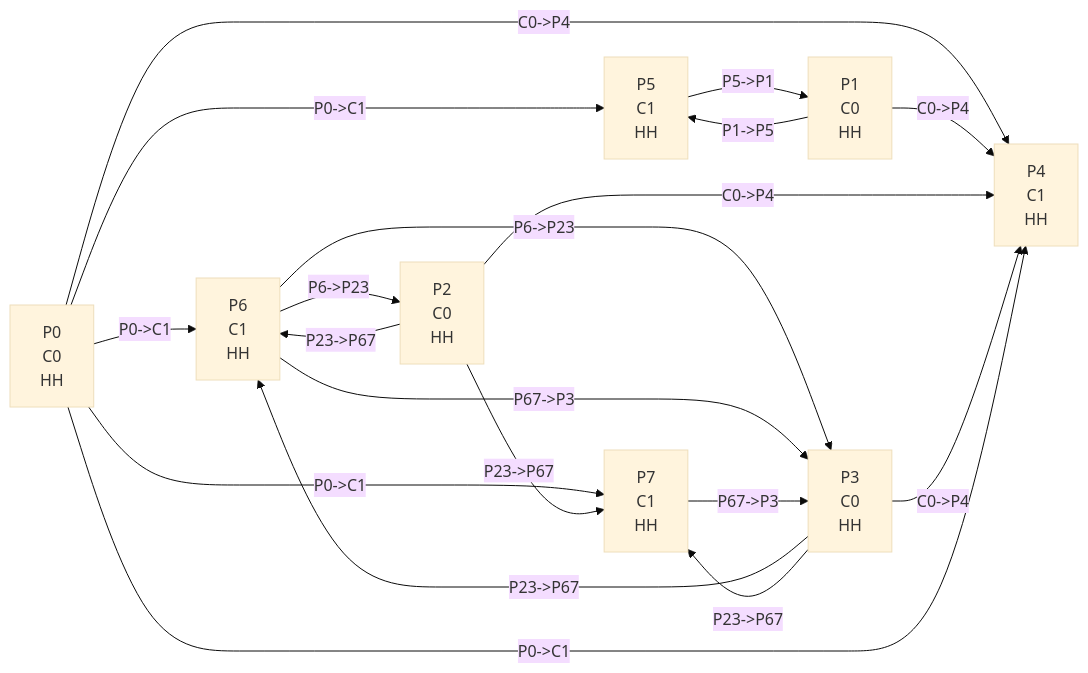
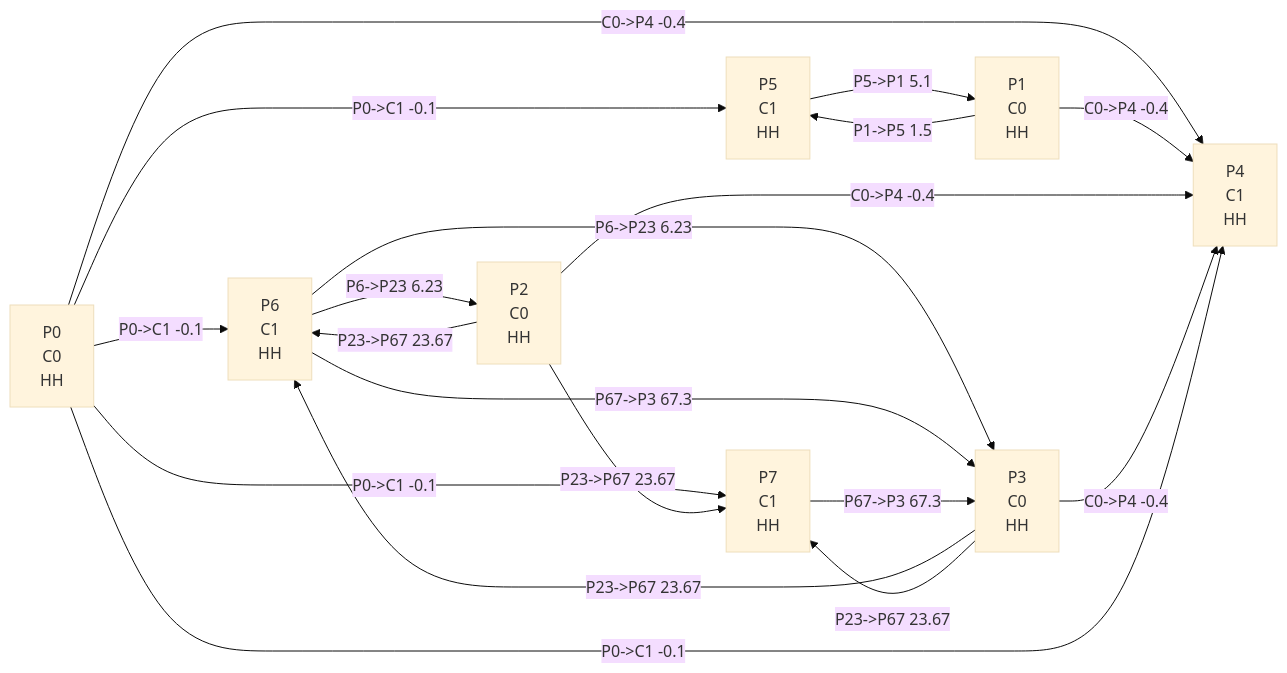
One commit to niknovikov19/subnet-builder changed the diagram in test/basic/par.md. Above: the diagram before and after it, drawn with Mermaid (base theme). The commit also changed 8 other files, not shown here.

````diff
--- a/test/basic/par.md
+++ b/test/basic/par.md
@@ -1,29 +1,29 @@
 ```mermaid
 graph LR
     P0["P0<br/>C0<br/>HH"]
     P1["P1<br/>C0<br/>HH"]
     P2["P2<br/>C0<br/>HH"]
     P3["P3<br/>C0<br/>HH"]
     P4["P4<br/>C1<br/>HH"]
     P5["P5<br/>C1<br/>HH"]
     P6["P6<br/>C1<br/>HH"]
     P7["P7<br/>C1<br/>HH"]
-    P0 -->|C0->P4| P4
-    P1 -->|C0->P4| P4
-    P2 -->|C0->P4| P4
-    P3 -->|C0->P4| P4
-    P0 -->|P0->C1| P4
-    P0 -->|P0->C1| P5
-    P0 -->|P0->C1| P6
-    P0 -->|P0->C1| P7
-    P1 -->|P1->P5| P5
-    P5 -->|P5->P1| P1
-    P2 -->|P23->P67| P6
-    P2 -->|P23->P67| P7
-    P3 -->|P23->P67| P6
-    P3 -->|P23->P67| P7
-    P6 -->|P6->P23| P2
-    P6 -->|P6->P23| P3
-    P6 -->|P67->P3| P3
-    P7 -->|P67->P3| P3
+    P0 -->|C0->P4 -0.4| P4
+    P1 -->|C0->P4 -0.4| P4
+    P2 -->|C0->P4 -0.4| P4
+    P3 -->|C0->P4 -0.4| P4
+    P0 -->|P0->C1 -0.1| P4
+    P0 -->|P0->C1 -0.1| P5
+    P0 -->|P0->C1 -0.1| P6
+    P0 -->|P0->C1 -0.1| P7
+    P1 -->|P1->P5 1.5| P5
+    P5 -->|P5->P1 5.1| P1
+    P2 -->|P23->P67 23.67| P6
+    P2 -->|P23->P67 23.67| P7
+    P3 -->|P23->P67 23.67| P6
+    P3 -->|P23->P67 23.67| P7
+    P6 -->|P6->P23 6.23| P2
+    P6 -->|P6->P23 6.23| P3
+    P6 -->|P67->P3 67.3| P3
+    P7 -->|P67->P3 67.3| P3
 ```
````
